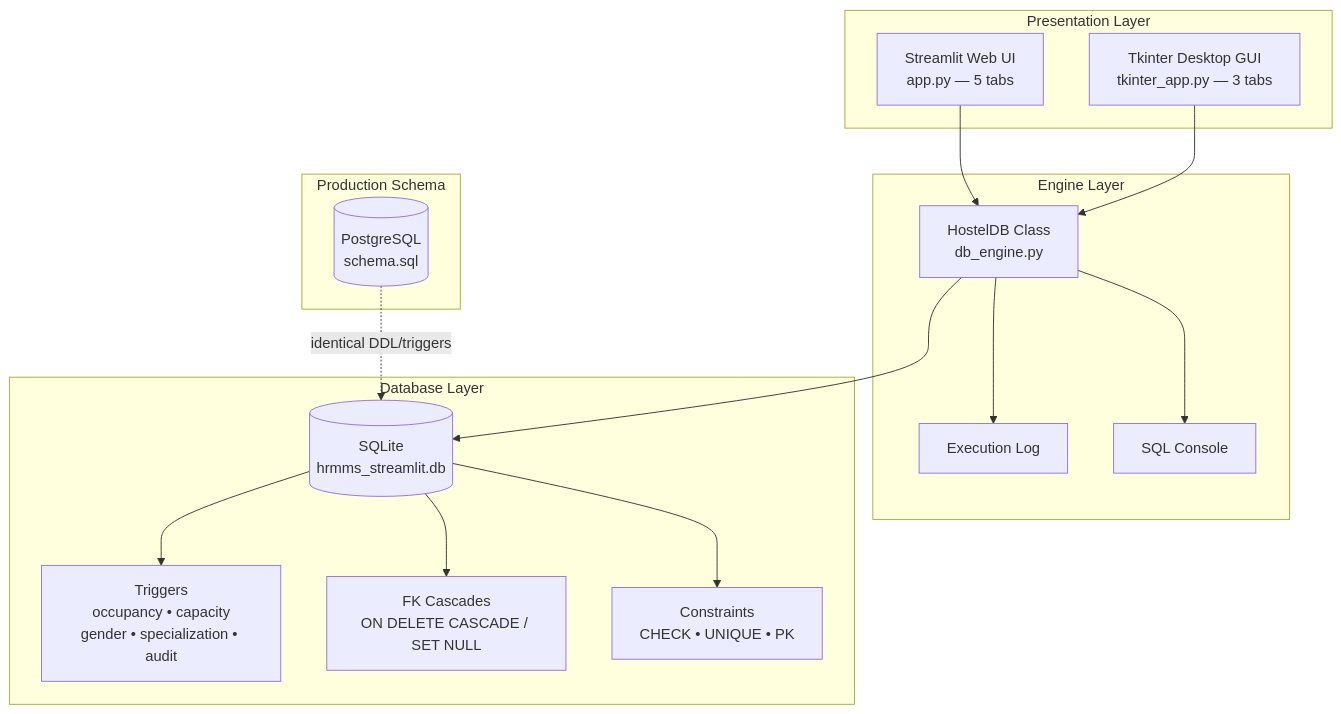
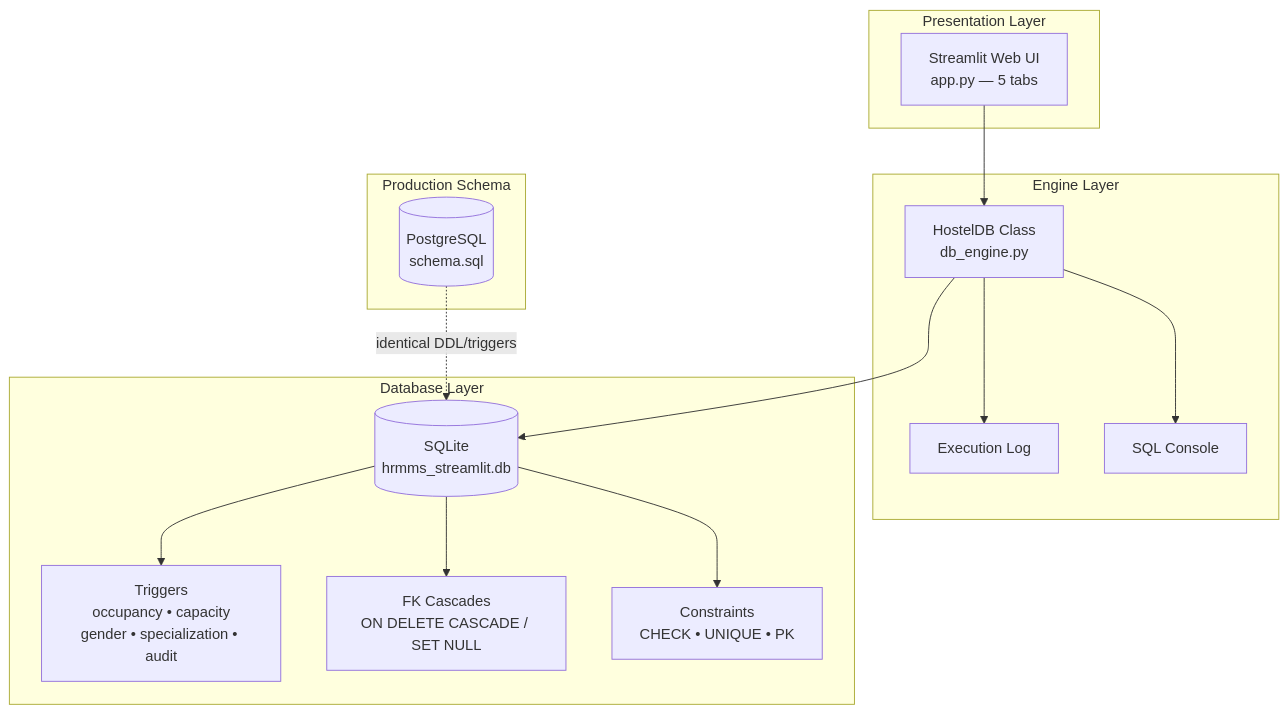
The third of 5 diagrams in README.md (Itsaddu/hostel-room-maintenance-management), drawn with Mermaid before and after one commit. The commit also changed other lines of this file and 1 other file, not shown here.

Commit message:
Remove Tkinter desktop app

````diff
--- a/README.md
+++ b/README.md
@@ -598,34 +573,32 @@
 ```mermaid
 graph TB
     subgraph "Presentation Layer"
         A[Streamlit Web UI<br/>app.py — 5 tabs]
-        B[Tkinter Desktop GUI<br/>tkinter_app.py — 3 tabs]
     end
 
     subgraph "Engine Layer"
         C[HostelDB Class<br/>db_engine.py]
         D[Execution Log]
         E[SQL Console]
     end
 
     subgraph "Database Layer"
         F[(SQLite<br/>hrmms_streamlit.db)]
         G[Triggers<br/>occupancy • capacity<br/>gender • specialization • audit]
         H[FK Cascades<br/>ON DELETE CASCADE / SET NULL]
         I[Constraints<br/>CHECK • UNIQUE • PK]
     end
 
     subgraph "Production Schema"
         J[(PostgreSQL<br/>schema.sql)]
     end
 
     A --> C
-    B --> C
     C --> D
     C --> E
     C --> F
     F --> G
     F --> H
     F --> I
     J -. "identical DDL/triggers" .-> F
 ```
````
